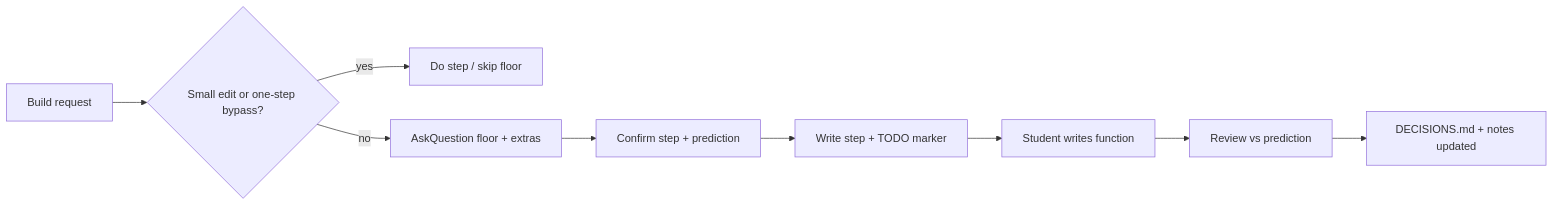
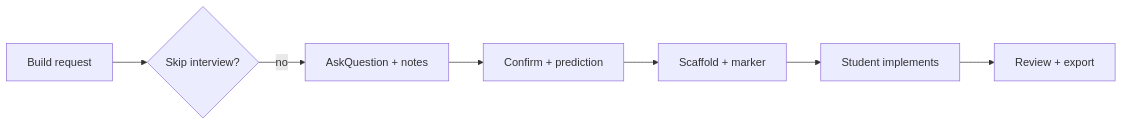
Before and after one commit to Lazzar19/Praxis: the diagram in README.md, drawn with Mermaid. The commit also changed other lines of this file and 2 other files, not shown here.

````diff
--- a/README.md
+++ b/README.md
@@ -95,11 +147,9 @@
 ```mermaid
 flowchart LR
-  A[Build request] --> B{Small edit or one-step bypass?}
-  B -->|yes| Z[Do step / skip floor]
-  B -->|no| C[AskQuestion floor + extras]
-  C --> D[Confirm step + prediction]
-  D --> E[Write step + TODO marker]
-  E --> F[Student writes function]
-  F --> G[Review vs prediction]
-  G --> H[DECISIONS.md + notes updated]
+  A[Build request] --> B{Skip interview?}
+  B -->|no| C[AskQuestion + notes]
+  C --> D[Confirm + prediction]
+  D --> E[Scaffold + marker]
+  E --> F[Student implements]
+  F --> G[Review + export]
 ```
````
